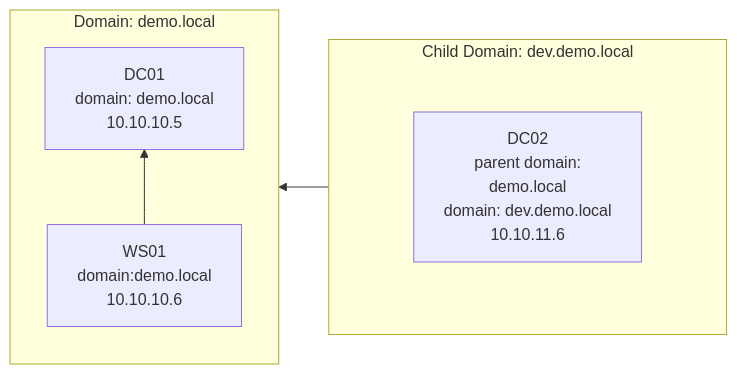
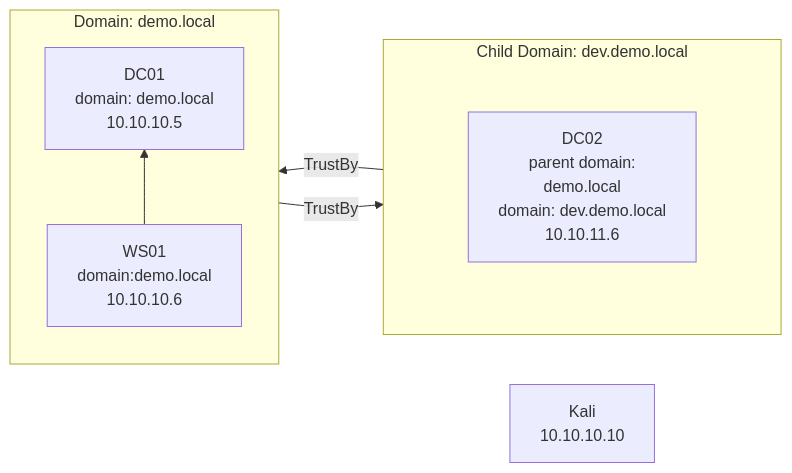
One commit to AlanFoster/ad-lab changed the diagram in README.md. Above: the diagram before and after it, drawn with Mermaid. The commit also changed 2 other files, not shown here.

Commit message:
Add Kali box

````diff
--- a/README.md
+++ b/README.md
@@ -15,24 +15,27 @@
 ```mermaid
 flowchart RL
     DC01[DC01\ndomain: demo.local\n10.10.10.5]
     WS01[WS01\ndomain:demo.local\n10.10.10.6]
 
     DC02[DC02\nparent domain:\n demo.local\ndomain: dev.demo.local\n10.10.11.6]
+
+    Kali[Kali\n10.10.10.10]
 
     style dev.demo.local.padding fill:transparent,stroke:transparent
 
     subgraph demo.local [Domain: demo.local]
         direction BT
 
         DC01
         WS01 --> DC01
     end
 
     subgraph dev.demo.local [Child Domain: dev.demo.local]
         subgraph dev.demo.local.padding [ ]
             DC02
         end
     end
 
-   dev.demo.local --> demo.local
+   dev.demo.local --> |TrustBy| demo.local
+   demo.local --> |TrustBy| dev.demo.local
 ```
````
